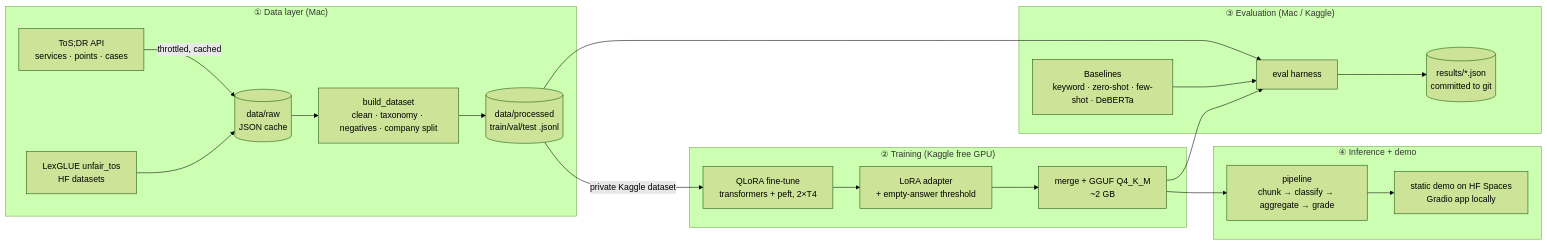
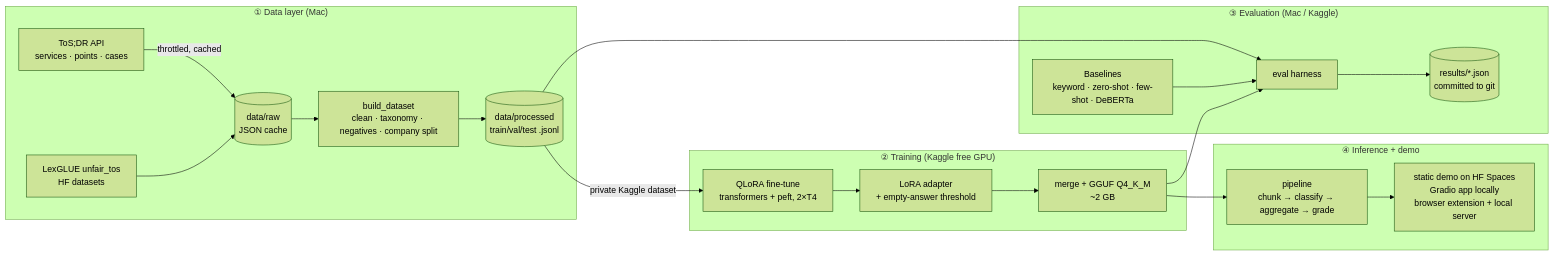
One commit to rupanjana15/fine-print changed the first of 2 diagrams in docs/ARCHITECTURE.md. Above: the diagram before and after it, drawn with Mermaid (forest theme). The commit also changed other lines of this file and 25 other files, not shown here.

First line of the commit message:
v1.1: browser extension with local model server (D46); blocker ceiling measured, not pursued (D45)

````diff
--- a/docs/ARCHITECTURE.md
+++ b/docs/ARCHITECTURE.md
@@ -14,27 +14,27 @@
 ```mermaid
 flowchart LR
     subgraph DATA["① Data layer (Mac)"]
         A[ToS;DR API<br/>services · points · cases] -->|throttled, cached| R[(data/raw<br/>JSON cache)]
         L[LexGLUE unfair_tos<br/>HF datasets] --> R
         R --> B[build_dataset<br/>clean · taxonomy · negatives · company split]
         B --> P[(data/processed<br/>train/val/test .jsonl)]
     end
 
     subgraph TRAIN["② Training (Kaggle free GPU)"]
         P -->|private Kaggle dataset| T[QLoRA fine-tune<br/>transformers + peft, 2×T4]
         T --> AD[LoRA adapter<br/>+ empty-answer threshold]
         AD --> M[merge + GGUF Q4_K_M<br/>~2 GB]
     end
 
     subgraph EVAL["③ Evaluation (Mac / Kaggle)"]
         P --> E[eval harness]
         BL[Baselines<br/>keyword · zero-shot · few-shot · DeBERTa] --> E
         M --> E
         E --> RS[(results/*.json<br/>committed to git)]
     end
 
     subgraph SERVE["④ Inference + demo"]
         M --> I[pipeline<br/>chunk → classify → aggregate → grade]
-        I --> UI[static demo on HF Spaces<br/>Gradio app locally]
+        I --> UI[static demo on HF Spaces<br/>Gradio app locally<br/>browser extension + local server]
     end
 ```
````
